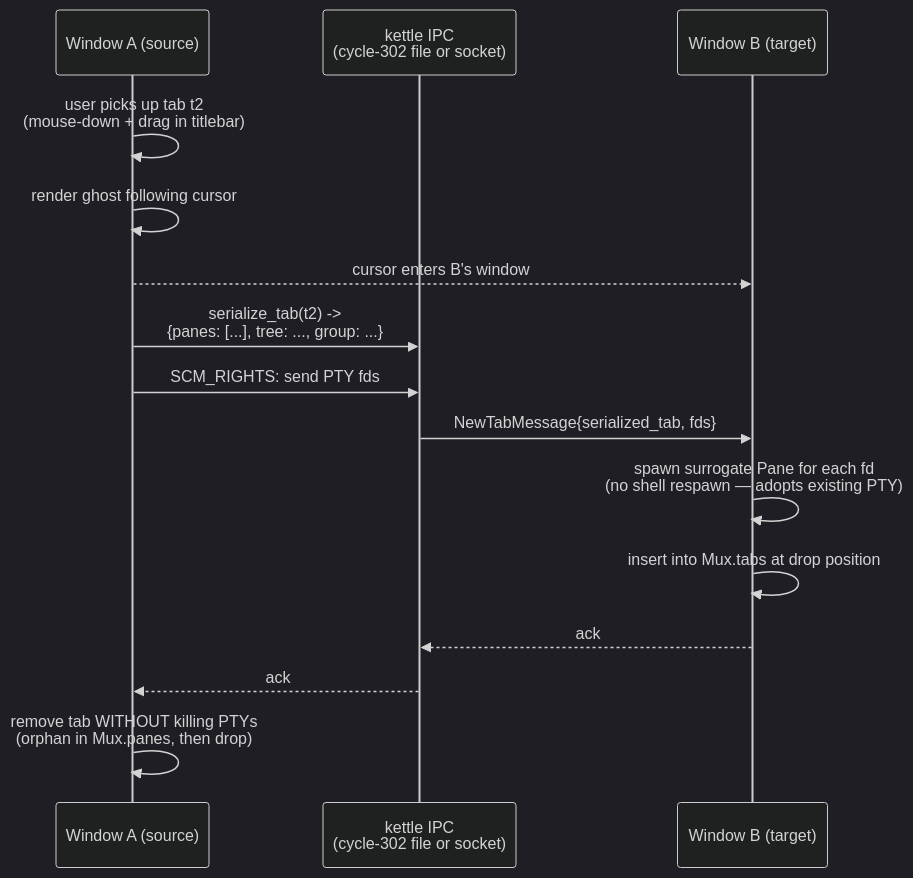
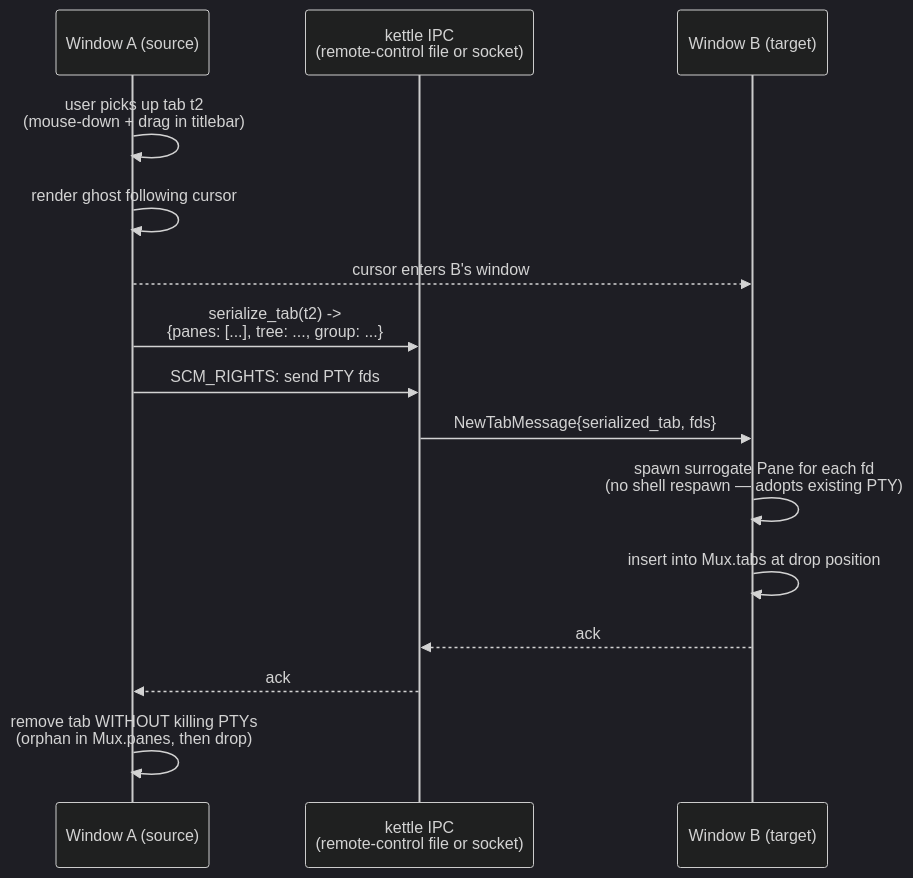
Before and after one commit to Reddimus/kettle: the diagram in docs/TERMINATOR-DETACHABLE-TABS-DESIGN.md, drawn with Mermaid (dark theme). The commit also changed other lines of this file and 51 other files, not shown here.

````diff
--- a/docs/TERMINATOR-DETACHABLE-TABS-DESIGN.md
+++ b/docs/TERMINATOR-DETACHABLE-TABS-DESIGN.md
@@ -73,18 +73,18 @@
 ```mermaid
 sequenceDiagram
     participant Source as Window A (source)
-    participant IPC as kettle IPC<br/>(cycle-302 file or socket)
+    participant IPC as kettle IPC<br/>(remote-control file or socket)
     participant Target as Window B (target)
 
     Source->>Source: user picks up tab t2<br/>(mouse-down + drag in titlebar)
     Source->>Source: render ghost following cursor
     Source-->>Target: cursor enters B's window
     Source->>IPC: serialize_tab(t2) -><br/>{panes: [...], tree: ..., group: ...}
     Source->>IPC: SCM_RIGHTS: send PTY fds
     IPC->>Target: NewTabMessage{serialized_tab, fds}
     Target->>Target: spawn surrogate Pane for each fd<br/>(no shell respawn — adopts existing PTY)
     Target->>Target: insert into Mux.tabs at drop position
     Target-->>IPC: ack
     IPC-->>Source: ack
     Source->>Source: remove tab WITHOUT killing PTYs<br/>(orphan in Mux.panes, then drop)
 ```
````
